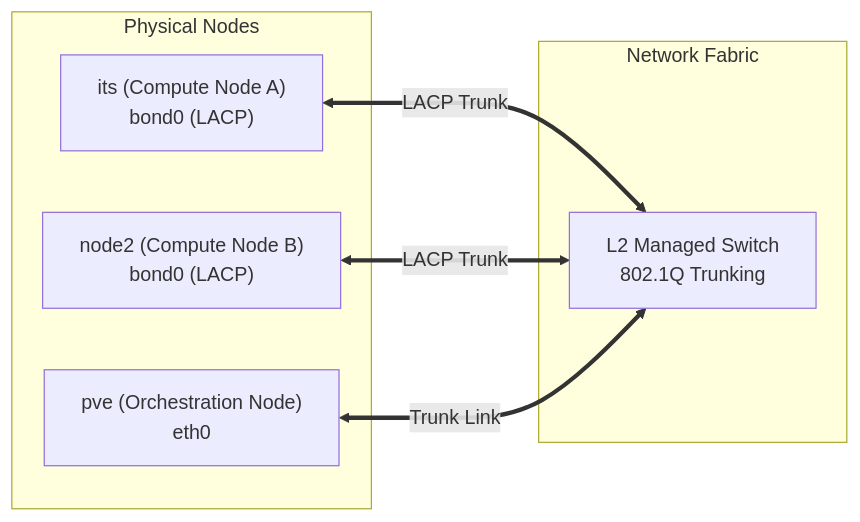
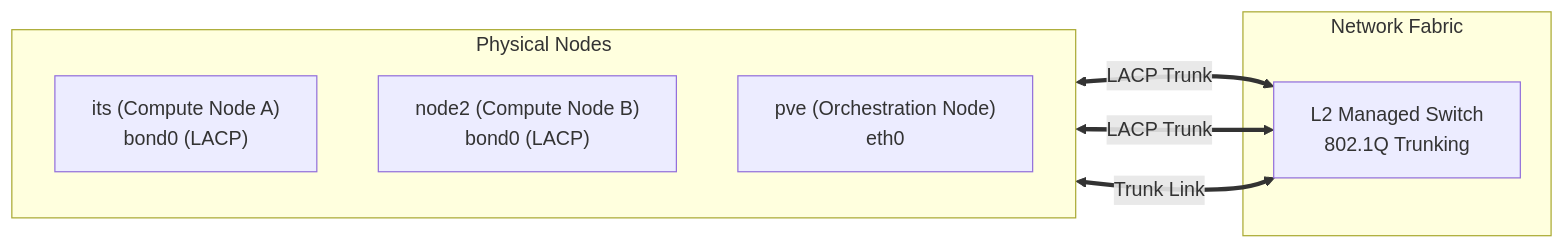
One commit to rhaffle87/fl-cl changed the second of 8 diagrams in docs/03_deployment.md. Above: the diagram before and after it, drawn with Mermaid. The commit also changed other lines of this file and 30 other files, not shown here.

Commit message:
feat: implement multi-architecture threat classification models and expand project documentation infrastructure

````diff
--- a/docs/03_deployment.md
+++ b/docs/03_deployment.md
@@ -70,16 +71,17 @@
 ```mermaid
-graph LR
- subgraph physical_nodes ["Physical Nodes"]
- its["its (Compute Node A)<br/>bond0 (LACP)"]
- node2["node2 (Compute Node B)<br/>bond0 (LACP)"]
- pve["pve (Orchestration Node)<br/>eth0"]
- end
- 
- subgraph network_fabric ["Network Fabric"]
- Switch["L2 Managed Switch<br/>802.1Q Trunking"]
- end
+flowchart LR
+    subgraph physical_nodes ["Physical Nodes"]
+        direction TB
+        its["its (Compute Node A)<br/>bond0 (LACP)"]
+        node2["node2 (Compute Node B)<br/>bond0 (LACP)"]
+        pve["pve (Orchestration Node)<br/>eth0"]
+    end
 
- its <==>|LACP Trunk| Switch
- node2 <==>|LACP Trunk| Switch
- pve <==>|Trunk Link| Switch
+    subgraph network_fabric ["Network Fabric"]
+        Switch["L2 Managed Switch<br/>802.1Q Trunking"]
+    end
+
+    its <==>|LACP Trunk| Switch
+    node2 <==>|LACP Trunk| Switch
+    pve <==>|Trunk Link| Switch
 ```
````
